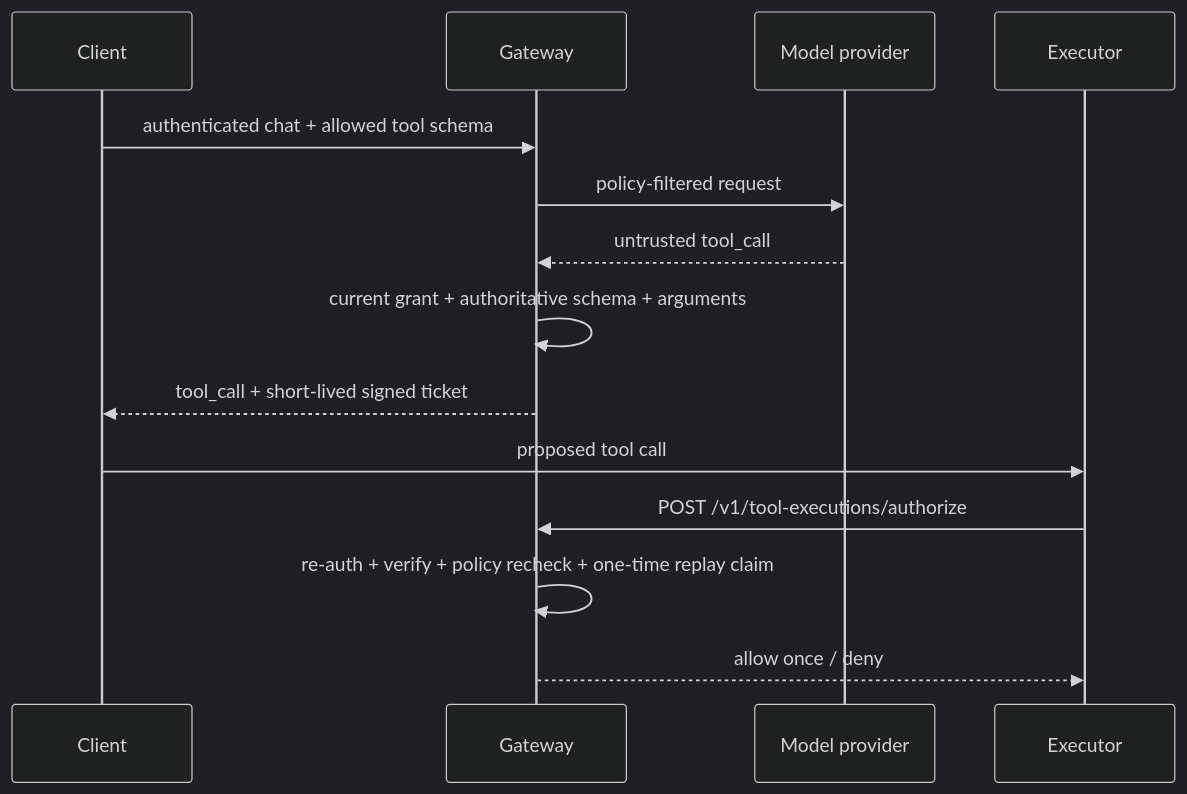
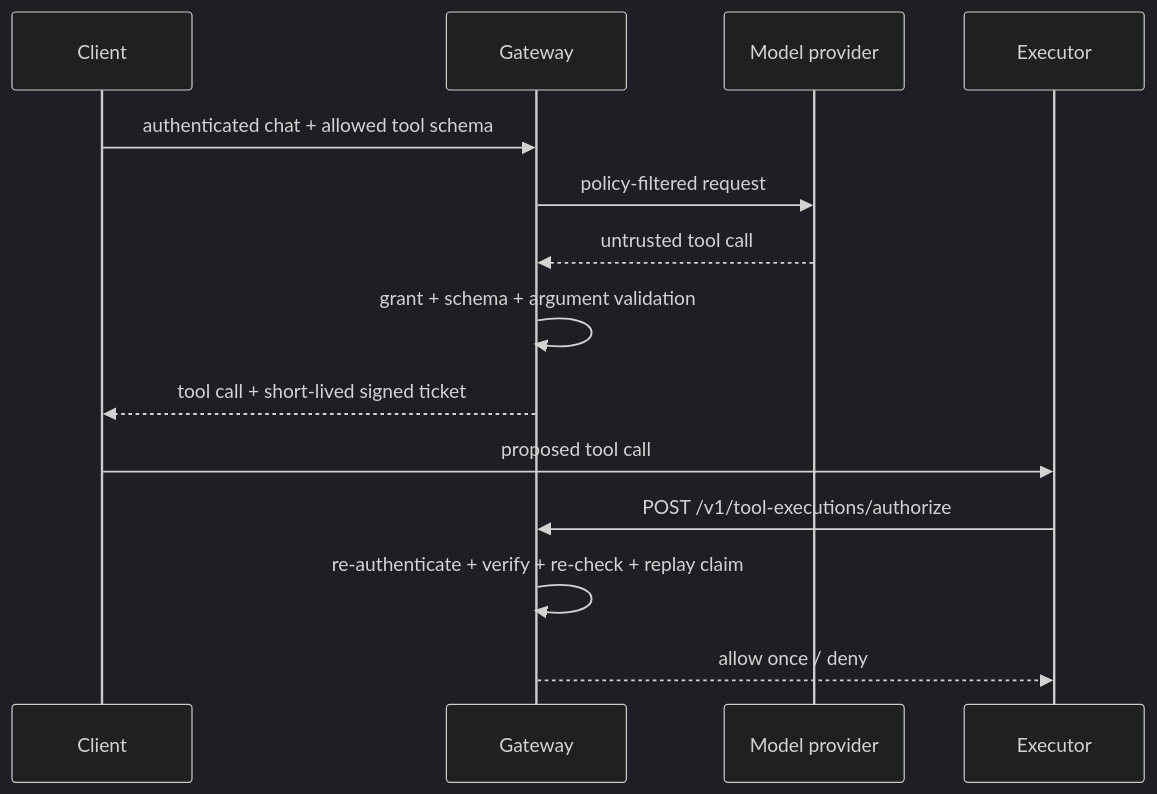
One commit to joshuabisdorf/Secure-AI-Gateway changed the second of 2 diagrams in README.md. Above: the diagram before and after it, drawn with Mermaid (dark theme). The commit also changed other lines of this file and 11 other files, not shown here.

````diff
--- a/README.md
+++ b/README.md
@@ -139,17 +133,17 @@
 ```mermaid
 sequenceDiagram
     participant C as Client
     participant G as Gateway
     participant M as Model provider
     participant E as Executor
 
     C->>G: authenticated chat + allowed tool schema
     G->>M: policy-filtered request
-    M-->>G: untrusted tool_call
-    G->>G: current grant + authoritative schema + arguments
-    G-->>C: tool_call + short-lived signed ticket
+    M-->>G: untrusted tool call
+    G->>G: grant + schema + argument validation
+    G-->>C: tool call + short-lived signed ticket
     C->>E: proposed tool call
     E->>G: POST /v1/tool-executions/authorize
-    G->>G: re-auth + verify + policy recheck + one-time replay claim
+    G->>G: re-authenticate + verify + re-check + replay claim
     G-->>E: allow once / deny
 ```
````
